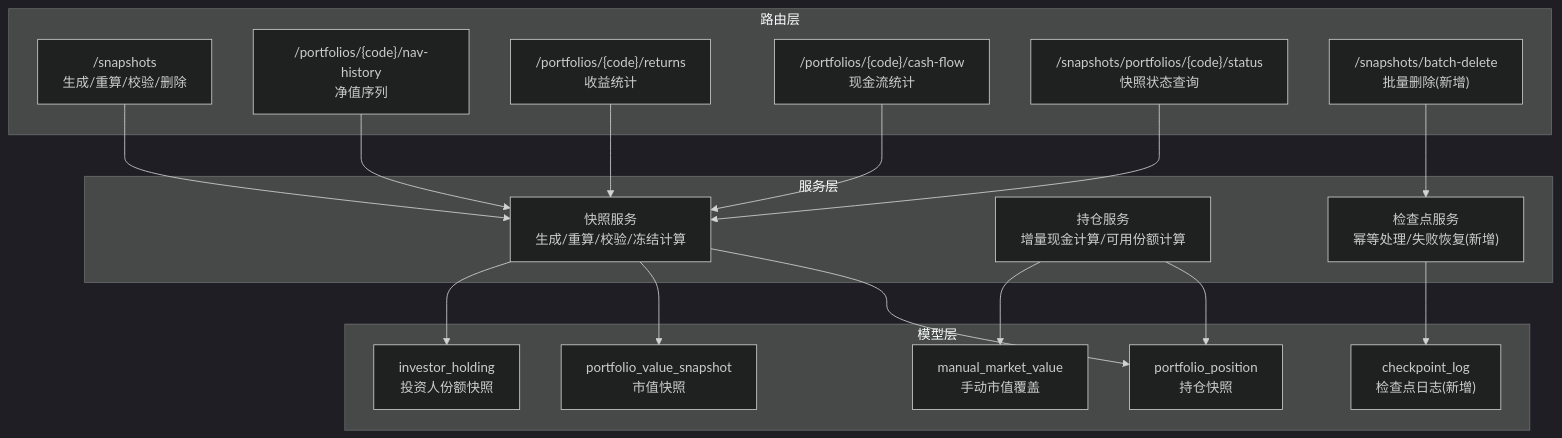
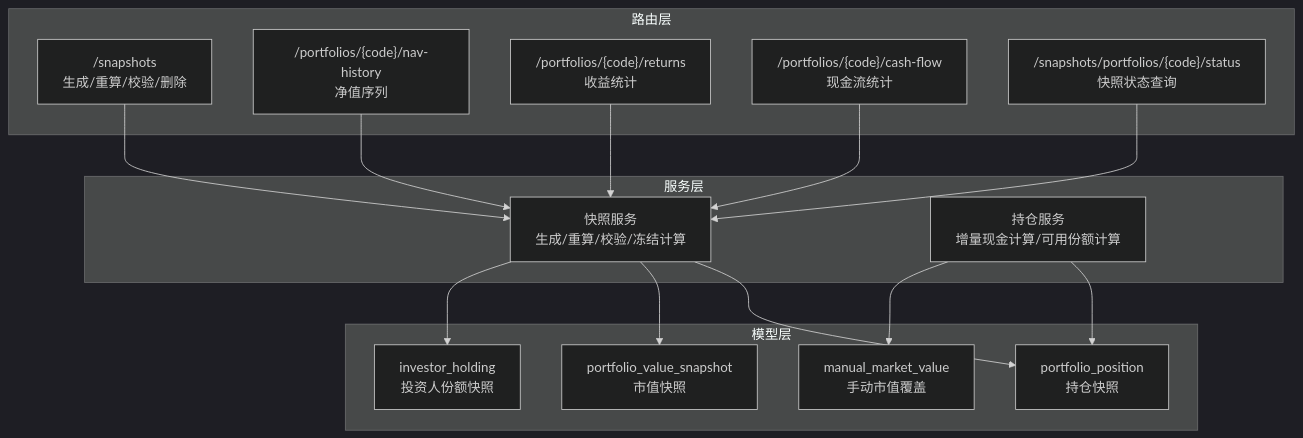
The first of 6 diagrams in .qoder/repowiki/zh/content/后端API文档/快照系统API.md (gujialind/InvestRing), drawn with Mermaid (dark theme) before and after one commit. The commit also changed other lines of this file and 65 other files, not shown here.

````diff
--- a/.qoder/repowiki/zh/content/后端API文档/快照系统API.md
+++ b/.qoder/repowiki/zh/content/后端API文档/快照系统API.md
@@ -58,35 +57,30 @@
 ```mermaid
 graph TB
 subgraph "路由层"
 R1["/snapshots<br/>生成/重算/校验/删除"]
 R2["/portfolios/{code}/nav-history<br/>净值序列"]
 R3["/portfolios/{code}/returns<br/>收益统计"]
 R4["/portfolios/{code}/cash-flow<br/>现金流统计"]
 R5["/snapshots/portfolios/{code}/status<br/>快照状态查询"]
-R6["/snapshots/batch-delete<br/>批量删除(新增)"]
 end
 subgraph "服务层"
 S1["快照服务<br/>生成/重算/校验/冻结计算"]
 S2["持仓服务<br/>增量现金计算/可用份额计算"]
-S3["检查点服务<br/>幂等处理/失败恢复(新增)"]
 end
 subgraph "模型层"
 M1["portfolio_position<br/>持仓快照"]
 M2["portfolio_value_snapshot<br/>市值快照"]
 M3["investor_holding<br/>投资人份额快照"]
 M4["manual_market_value<br/>手动市值覆盖"]
-M5["checkpoint_log<br/>检查点日志(新增)"]
 end
 R1 --> S1
 R2 --> S1
 R3 --> S1
 R4 --> S1
 R5 --> S1
-R6 --> S3
 S1 --> M1
 S1 --> M2
 S1 --> M3
 S2 --> M1
 S2 --> M4
-S3 --> M5
 ```
````
